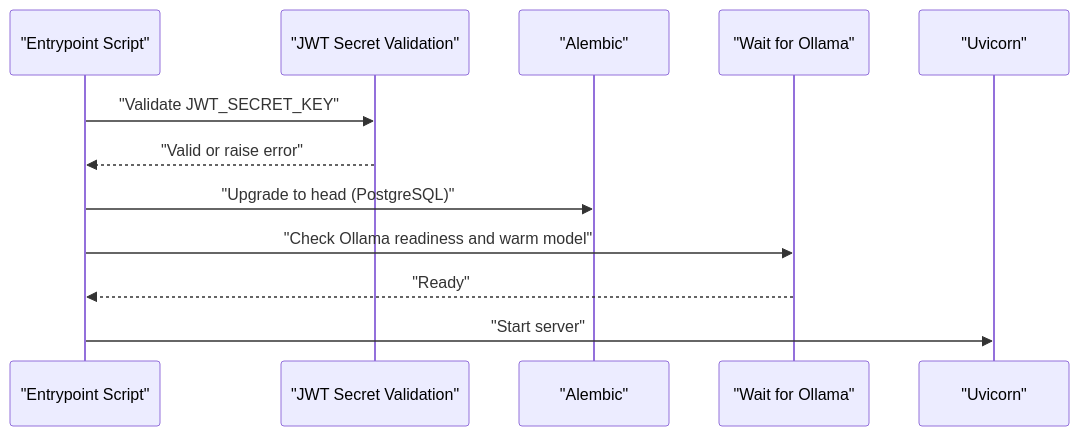
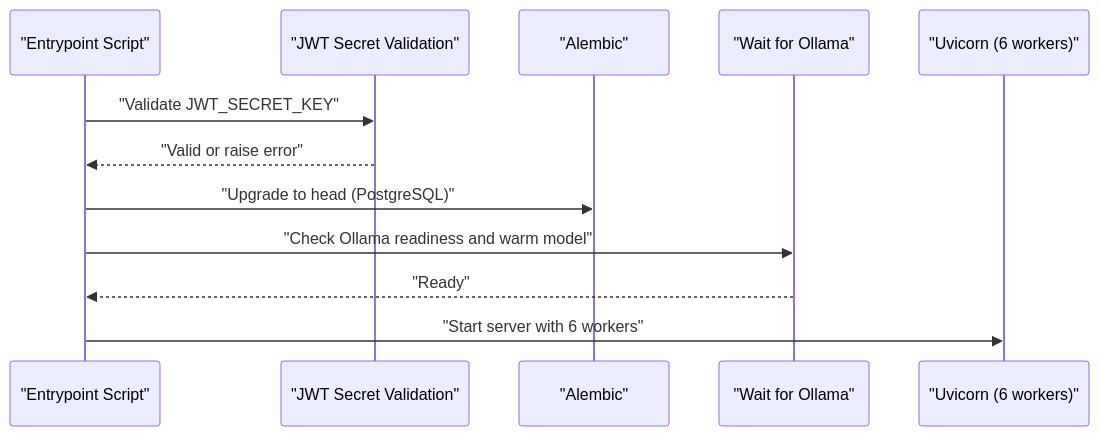
The third of 5 diagrams in .qoder/repowiki/en/content/Deployment & DevOps/Production Deployment.md (Revanththetalogics/aireume), drawn with Mermaid before and after one commit. The commit also changed other lines of this file and 6 other files, not shown here.

````diff
--- a/.qoder/repowiki/en/content/Deployment & DevOps/Production Deployment.md
+++ b/.qoder/repowiki/en/content/Deployment & DevOps/Production Deployment.md
@@ -207,14 +211,14 @@
 ```mermaid
 sequenceDiagram
 participant Entrypoint as "Entrypoint Script"
 participant JWTCheck as "JWT Secret Validation"
 participant Alembic as "Alembic"
 participant Wait as "Wait for Ollama"
-participant Uvicorn as "Uvicorn"
+participant Uvicorn as "Uvicorn (6 workers)"
 Entrypoint->>JWTCheck : "Validate JWT_SECRET_KEY"
 JWTCheck-->>Entrypoint : "Valid or raise error"
 Entrypoint->>Alembic : "Upgrade to head (PostgreSQL)"
 Entrypoint->>Wait : "Check Ollama readiness and warm model"
 Wait-->>Entrypoint : "Ready"
-Entrypoint->>Uvicorn : "Start server"
+Entrypoint->>Uvicorn : "Start server with 6 workers"
 ```
````
